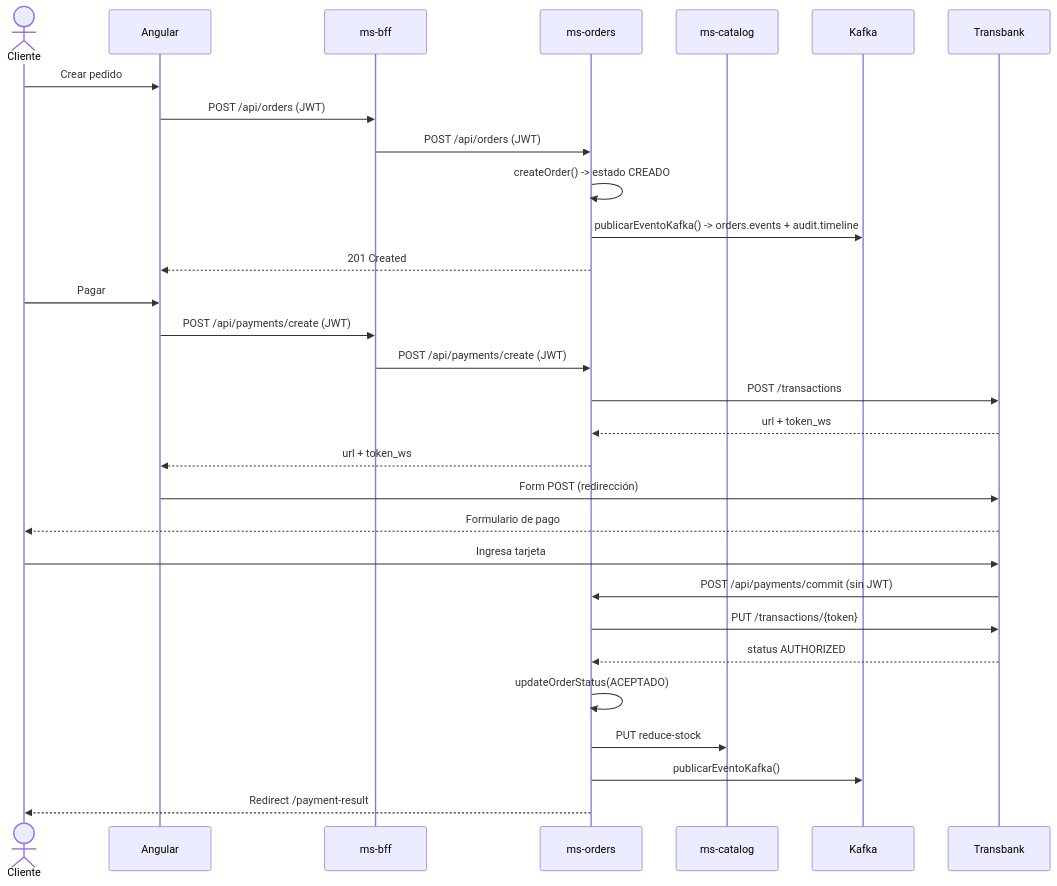
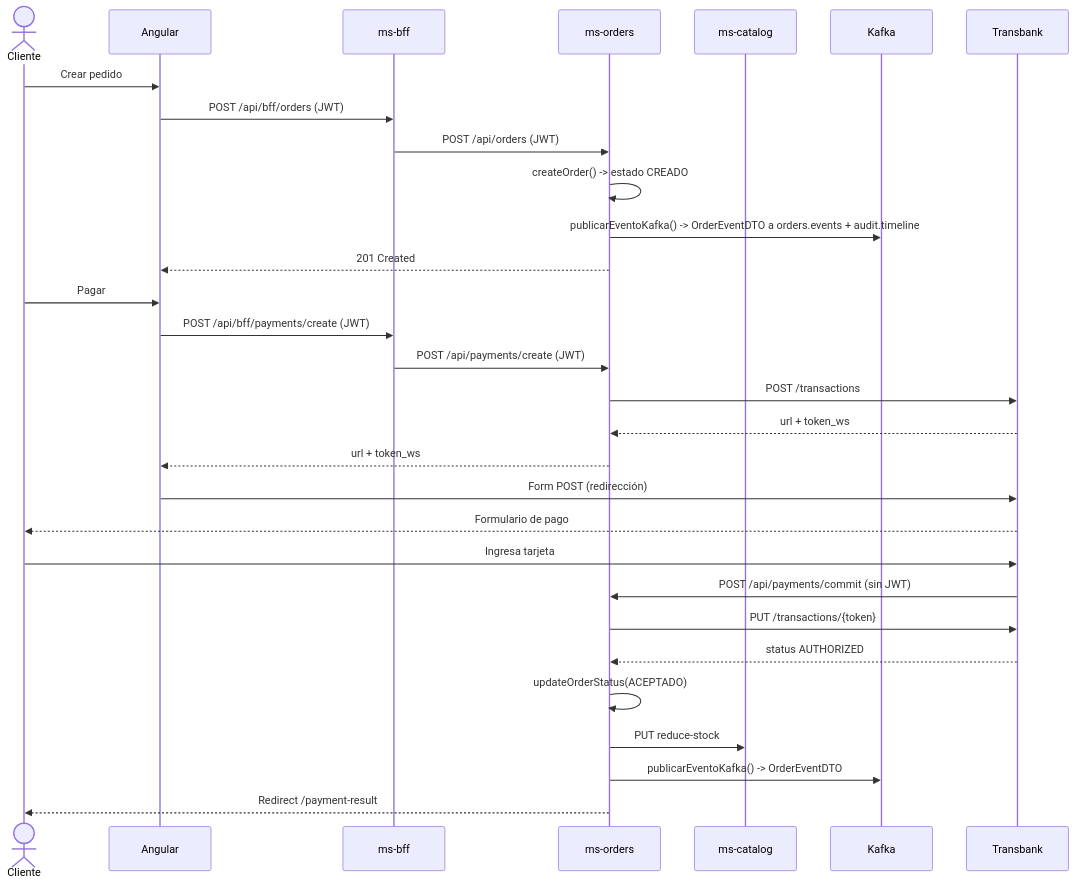
Before and after one commit to meninaaa/pedidos360-backend: the second of 3 diagrams in README.md, drawn with Mermaid. The commit also changed other lines of this file, not shown here.

````diff
--- a/README.md
+++ b/README.md
@@ -57,35 +58,35 @@
 ```mermaid
 sequenceDiagram
     actor Cliente
     participant FE as Angular
     participant BFF as ms-bff
     participant ORD as ms-orders
     participant CAT as ms-catalog
     participant K as Kafka
     participant TBK as Transbank
 
     Cliente->>FE: Crear pedido
-    FE->>BFF: POST /api/orders (JWT)
+    FE->>BFF: POST /api/bff/orders (JWT)
     BFF->>ORD: POST /api/orders (JWT)
     ORD->>ORD: createOrder() -> estado CREADO
-    ORD->>K: publicarEventoKafka() -> orders.events + audit.timeline
+    ORD->>K: publicarEventoKafka() -> OrderEventDTO a orders.events + audit.timeline
     ORD-->>FE: 201 Created
 
     Cliente->>FE: Pagar
-    FE->>BFF: POST /api/payments/create (JWT)
+    FE->>BFF: POST /api/bff/payments/create (JWT)
     BFF->>ORD: POST /api/payments/create (JWT)
     ORD->>TBK: POST /transactions
     TBK-->>ORD: url + token_ws
     ORD-->>FE: url + token_ws
     FE->>TBK: Form POST (redirección)
     TBK-->>Cliente: Formulario de pago
 
     Cliente->>TBK: Ingresa tarjeta
     TBK->>ORD: POST /api/payments/commit (sin JWT)
     ORD->>TBK: PUT /transactions/{token}
     TBK-->>ORD: status AUTHORIZED
     ORD->>ORD: updateOrderStatus(ACEPTADO)
     ORD->>CAT: PUT reduce-stock
-    ORD->>K: publicarEventoKafka()
+    ORD->>K: publicarEventoKafka() -> OrderEventDTO
     ORD-->>Cliente: Redirect /payment-result
 ```
````
